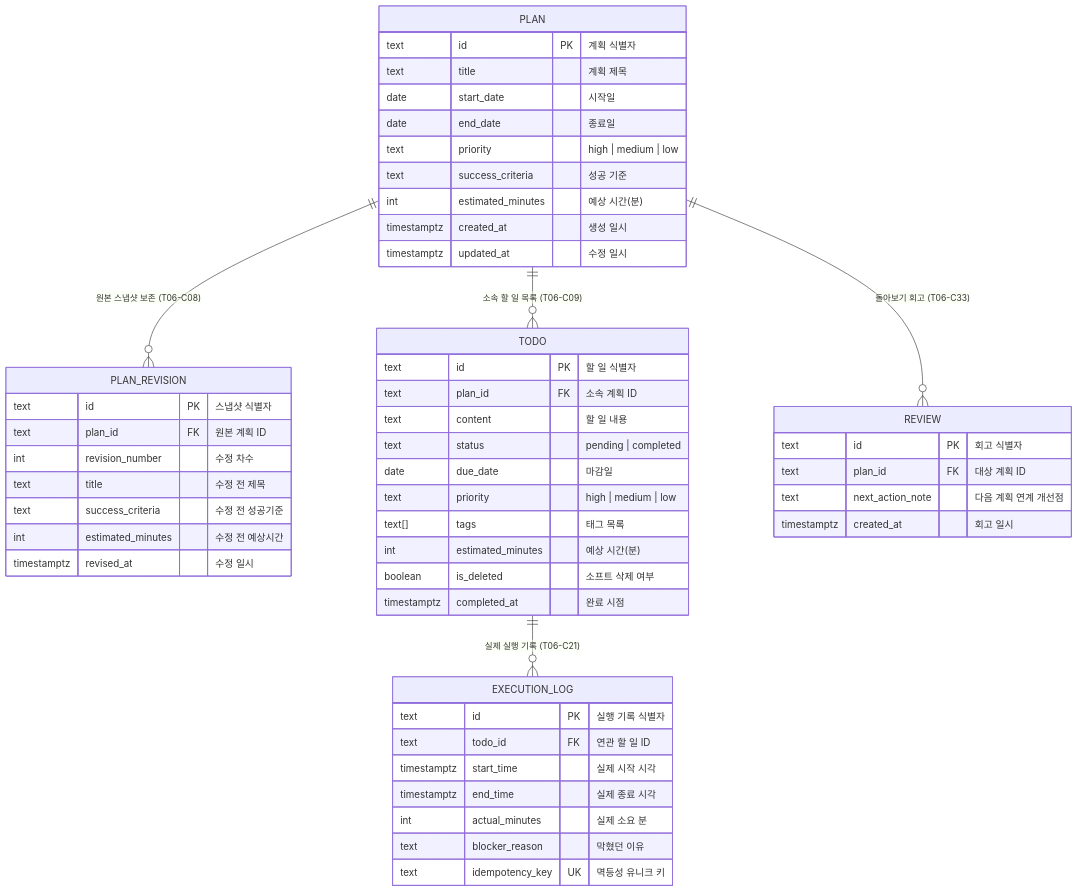
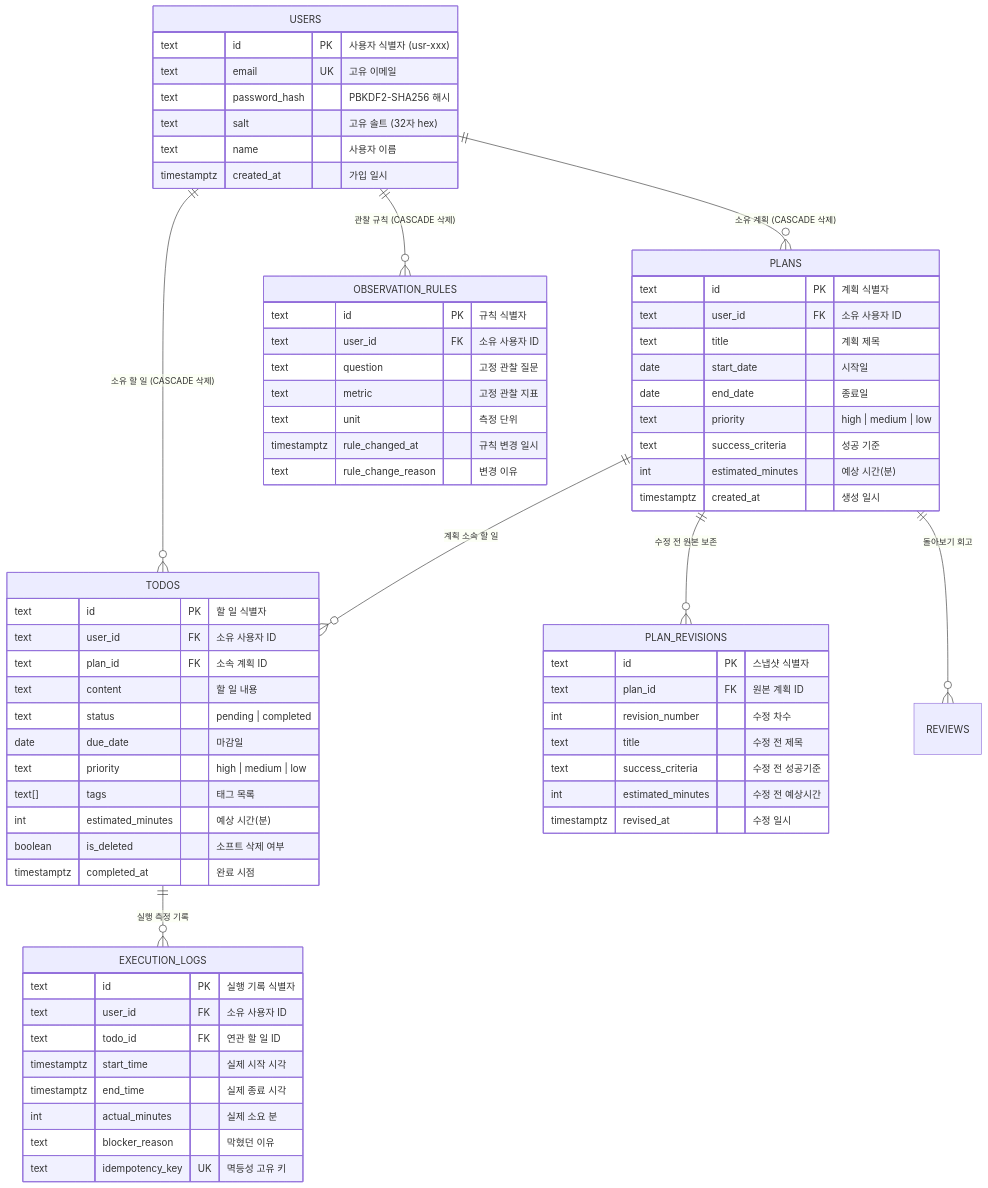
One commit to jinyeongjang/skt-aleph-jinyeong-plans-diary changed the second of 2 diagrams in README.md. Above: the diagram before and after it, drawn with Mermaid. The commit also changed other lines of this file and 31 other files, not shown here.

````diff
--- a/README.md
+++ b/README.md
@@ -118,59 +235,76 @@
 ```mermaid
 erDiagram
-    PLAN ||--o{ PLAN_REVISION : "원본 스냅샷 보존 (T06-C08)"
-    PLAN ||--o{ TODO : "소속 할 일 목록 (T06-C09)"
-    TODO ||--o{ EXECUTION_LOG : "실제 실행 기록 (T06-C21)"
-    PLAN ||--o{ REVIEW : "돌아보기 회고 (T06-C33)"
+    USERS ||--o{ PLANS : "소유 계획 (CASCADE 삭제)"
+    USERS ||--o{ TODOS : "소유 할 일 (CASCADE 삭제)"
+    USERS ||--o{ OBSERVATION_RULES : "관찰 규칙 (CASCADE 삭제)"
+    PLANS ||--o{ PLAN_REVISIONS : "수정 전 원본 보존"
+    PLANS ||--o{ TODOS : "계획 소속 할 일"
+    TODOS ||--o{ EXECUTION_LOGS : "실행 측정 기록"
+    PLANS ||--o{ REVIEWS : "돌아보기 회고"
 
-    PLAN {
+    USERS {
+        text id PK "사용자 식별자 (usr-xxx)"
+        text email UK "고유 이메일"
+        text password_hash "PBKDF2-SHA256 해시"
+        text salt "고유 솔트 (32자 hex)"
+        text name "사용자 이름"
+        timestamptz created_at "가입 일시"
+    }
+
+    PLANS {
         text id PK "계획 식별자"
+        text user_id FK "소유 사용자 ID"
         text title "계획 제목"
         date start_date "시작일"
         date end_date "종료일"
         text priority "high | medium | low"
         text success_criteria "성공 기준"
         int estimated_minutes "예상 시간(분)"
         timestamptz created_at "생성 일시"
-        timestamptz updated_at "수정 일시"
     }
 
-    PLAN_REVISION {
+    PLAN_REVISIONS {
         text id PK "스냅샷 식별자"
         text plan_id FK "원본 계획 ID"
         int revision_number "수정 차수"
         text title "수정 전 제목"
         text success_criteria "수정 전 성공기준"
         int estimated_minutes "수정 전 예상시간"
         timestamptz revised_at "수정 일시"
     }
 
-    TODO {
+    TODOS {
         text id PK "할 일 식별자"
+        text user_id FK "소유 사용자 ID"
         text plan_id FK "소속 계획 ID"
         text content "할 일 내용"
         text status "pending | completed"
         date due_date "마감일"
         text priority "high | medium | low"
         text[] tags "태그 목록"
         int estimated_minutes "예상 시간(분)"
         boolean is_deleted "소프트 삭제 여부"
         timestamptz completed_at "완료 시점"
     }
 
-    EXECUTION_LOG {
+    EXECUTION_LOGS {
         text id PK "실행 기록 식별자"
+        text user_id FK "소유 사용자 ID"
         text todo_id FK "연관 할 일 ID"
         timestamptz start_time "실제 시작 시각"
         timestamptz end_time "실제 종료 시각"
         int actual_minutes "실제 소요 분"
         text blocker_reason "막혔던 이유"
-        text idempotency_key UK "멱등성 유니크 키"
+        text idempotency_key UK "멱등성 고유 키"
     }
 
-    REVIEW {
-        text id PK "회고 식별자"
-        text plan_id FK "대상 계획 ID"
-        text next_action_note "다음 계획 연계 개선점"
-        timestamptz created_at "회고 일시"
+    OBSERVATION_RULES {
+        text id PK "규칙 식별자"
+        text user_id FK "소유 사용자 ID"
+        text question "고정 관찰 질문"
+        text metric "고정 관찰 지표"
+        text unit "측정 단위"
+        timestamptz rule_changed_at "규칙 변경 일시"
+        text rule_change_reason "변경 이유"
     }
 ```
````
